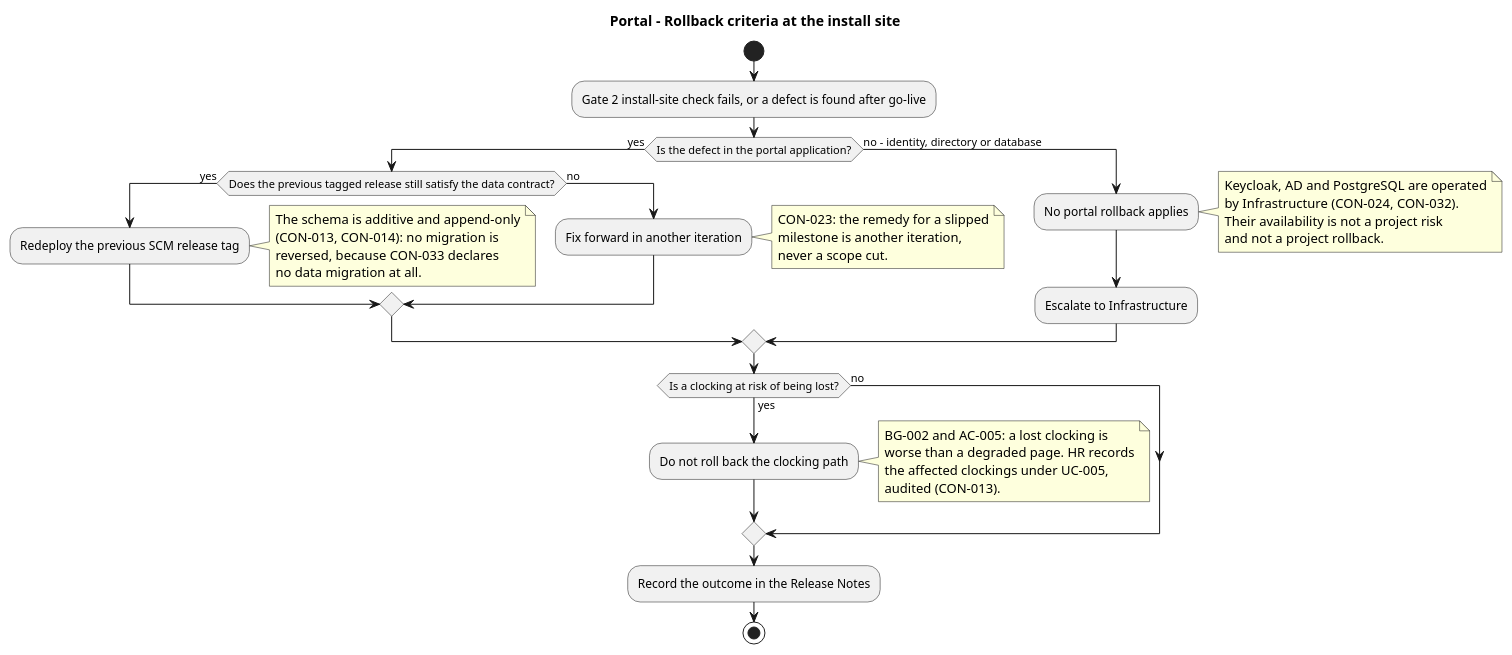
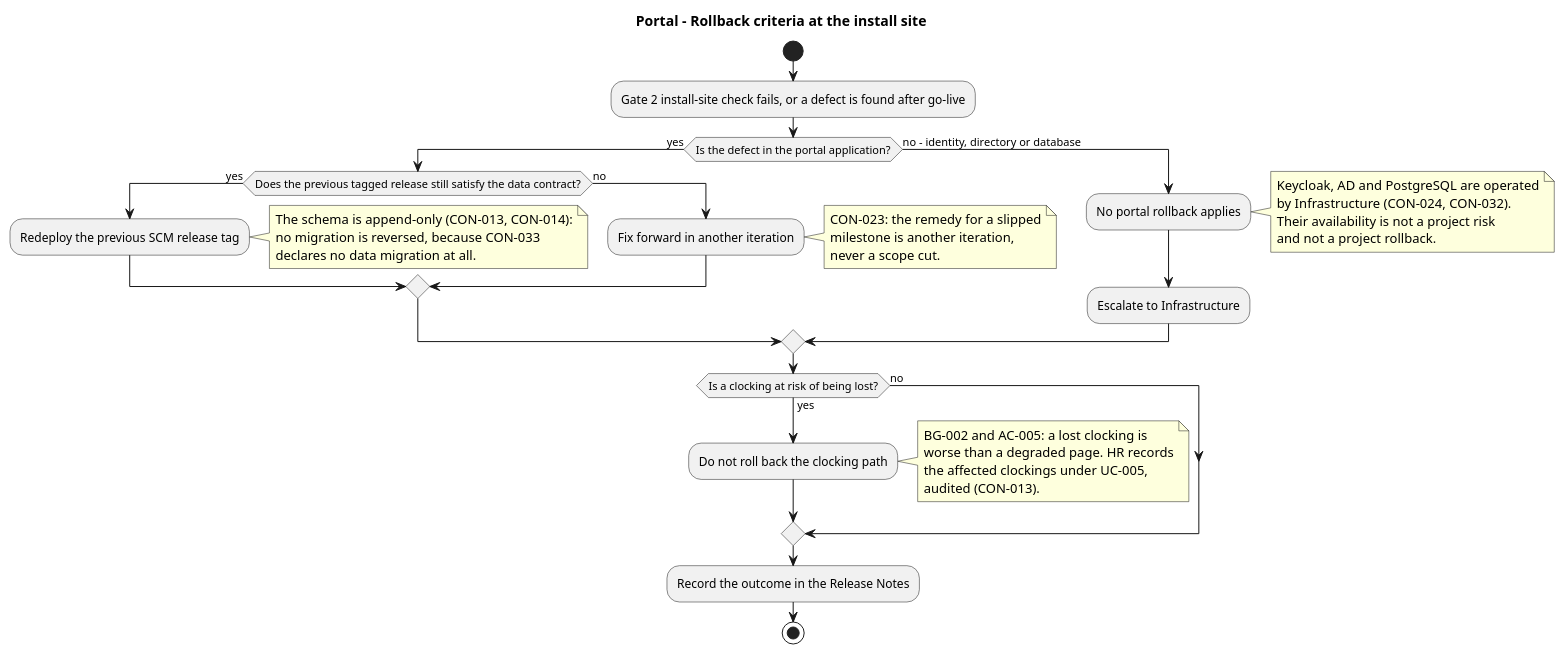
One commit to banense-test/portal changed the fourth of 4 diagrams in docs/DEPLOYMENT_STRATEGY.md. Above: the diagram before and after it, drawn with PlantUML. The commit also changed other lines of this file, not shown here.

````diff
--- a/docs/DEPLOYMENT_STRATEGY.md
+++ b/docs/DEPLOYMENT_STRATEGY.md
@@ -277,50 +332,49 @@
 ```plantuml
 @startuml
 title Portal - Rollback criteria at the install site
 
 start
 :Gate 2 install-site check fails, or a defect is found after go-live;
 
 if (Is the defect in the portal application?) then (yes)
   if (Does the previous tagged release still satisfy the data contract?) then (yes)
     :Redeploy the previous SCM release tag;
     note right
-      The schema is additive and append-only
-      (CON-013, CON-014): no migration is
-      reversed, because CON-033 declares
-      no data migration at all.
+      The schema is append-only (CON-013, CON-014):
+      no migration is reversed, because CON-033
+      declares no data migration at all.
     end note
   else (no)
     :Fix forward in another iteration;
     note right
       CON-023: the remedy for a slipped
       milestone is another iteration,
       never a scope cut.
     end note
   endif
 else (no - identity, directory or database)
   :No portal rollback applies;
   note right
     Keycloak, AD and PostgreSQL are operated
     by Infrastructure (CON-024, CON-032).
     Their availability is not a project risk
     and not a project rollback.
   end note
   :Escalate to Infrastructure;
 endif
 
 if (Is a clocking at risk of being lost?) then (yes)
   :Do not roll back the clocking path;
   note right
     BG-002 and AC-005: a lost clocking is
     worse than a degraded page. HR records
     the affected clockings under UC-005,
     audited (CON-013).
   end note
 else (no)
 endif
 
 :Record the outcome in the Release Notes;
 stop
 @enduml
 ```
````
